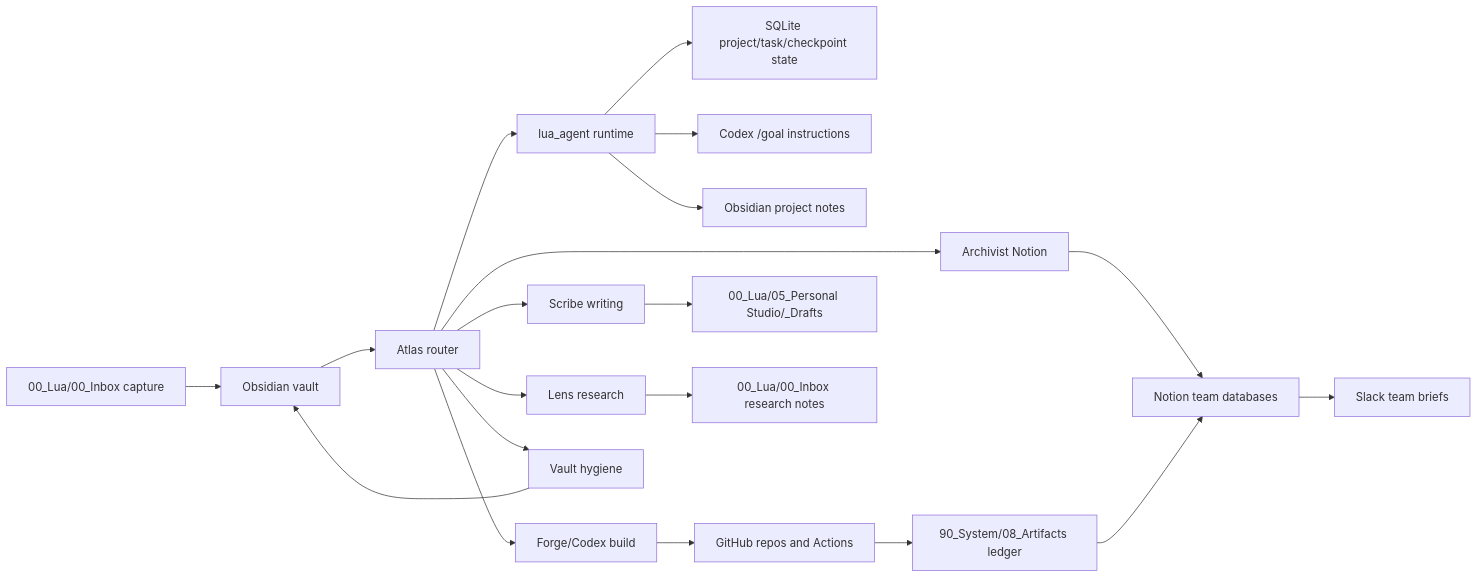
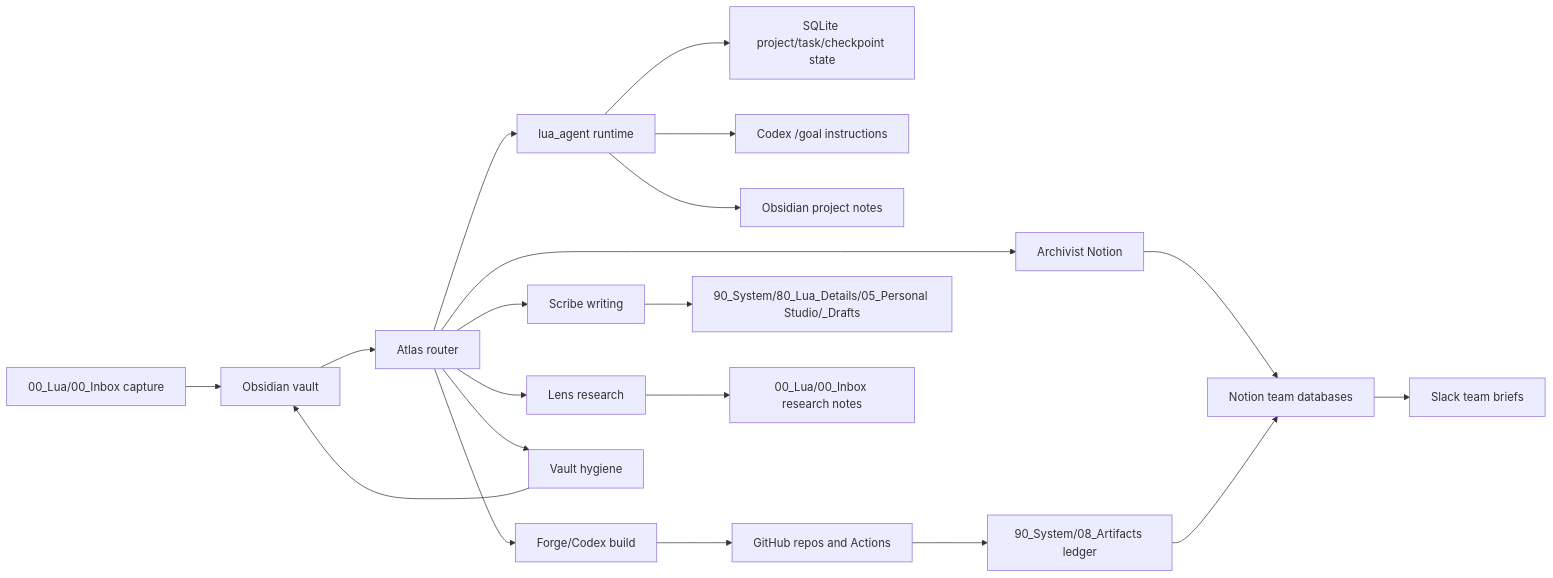
One commit to sooin123456/Lua changed the diagram in Lua-v4-operating-architecture.md. Above: the diagram before and after it, drawn with Mermaid. The commit also changed other lines of this file and 329 other files, not shown here.

````diff
--- a/Lua-v4-operating-architecture.md
+++ b/Lua-v4-operating-architecture.md
@@ -25,22 +25,22 @@
 ```mermaid
 flowchart LR
   Inbox["00_Lua/00_Inbox capture"] --> Vault["Obsidian vault"]
   Vault --> Atlas["Atlas router"]
   Atlas --> Runtime["lua_agent runtime"]
   Atlas --> Lens["Lens research"]
   Atlas --> Scribe["Scribe writing"]
   Atlas --> Forge["Forge/Codex build"]
   Atlas --> VaultAgent["Vault hygiene"]
   Atlas --> Archivist["Archivist Notion"]
   Runtime --> State["SQLite project/task/checkpoint state"]
   Runtime --> Goals["Codex /goal instructions"]
   Runtime --> Notes["Obsidian project notes"]
   Forge --> GitHub["GitHub repos and Actions"]
-  Scribe --> Drafts["00_Lua/05_Personal Studio/_Drafts"]
+  Scribe --> Drafts["90_System/80_Lua_Details/05_Personal Studio/_Drafts"]
   Lens --> Research["00_Lua/00_Inbox research notes"]
   VaultAgent --> Vault
   Archivist --> Notion["Notion team databases"]
   Notion --> Slack["Slack team briefs"]
   GitHub --> Artifacts["90_System/08_Artifacts ledger"]
   Artifacts --> Notion
 ```
````
